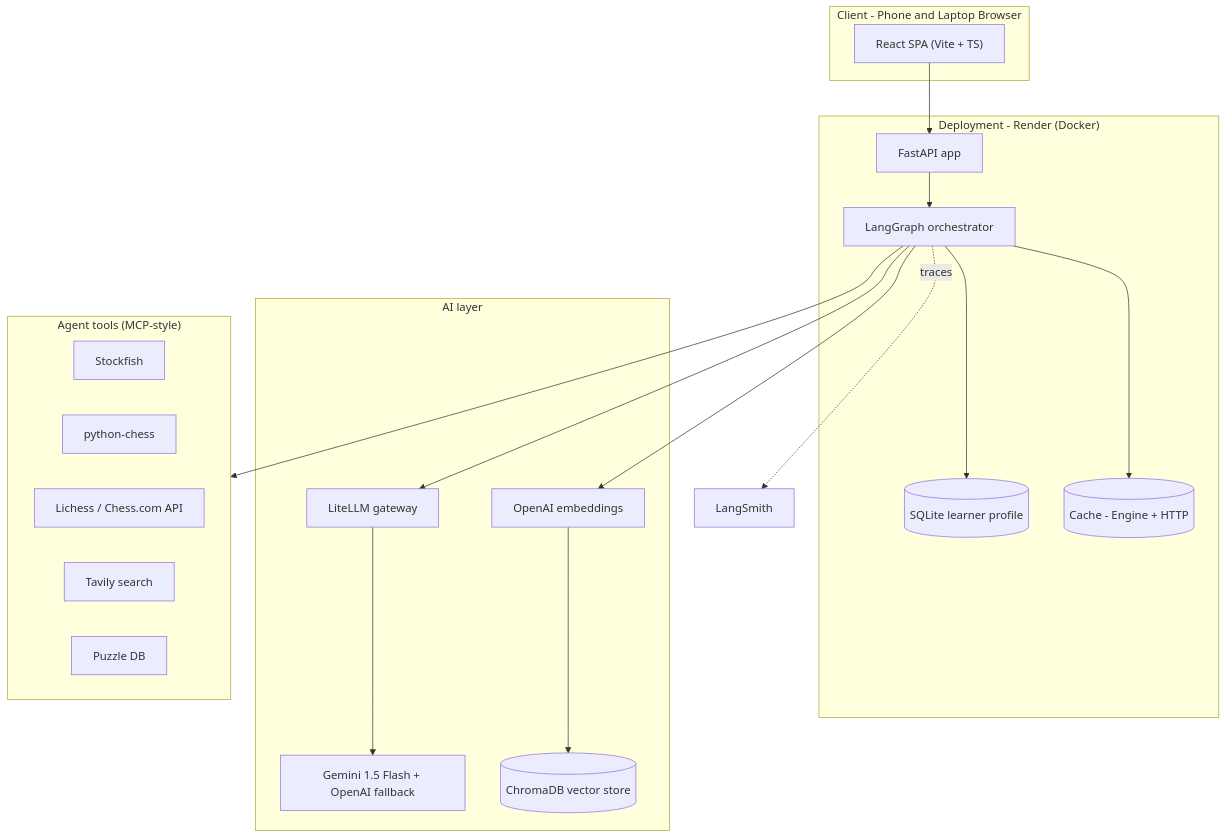
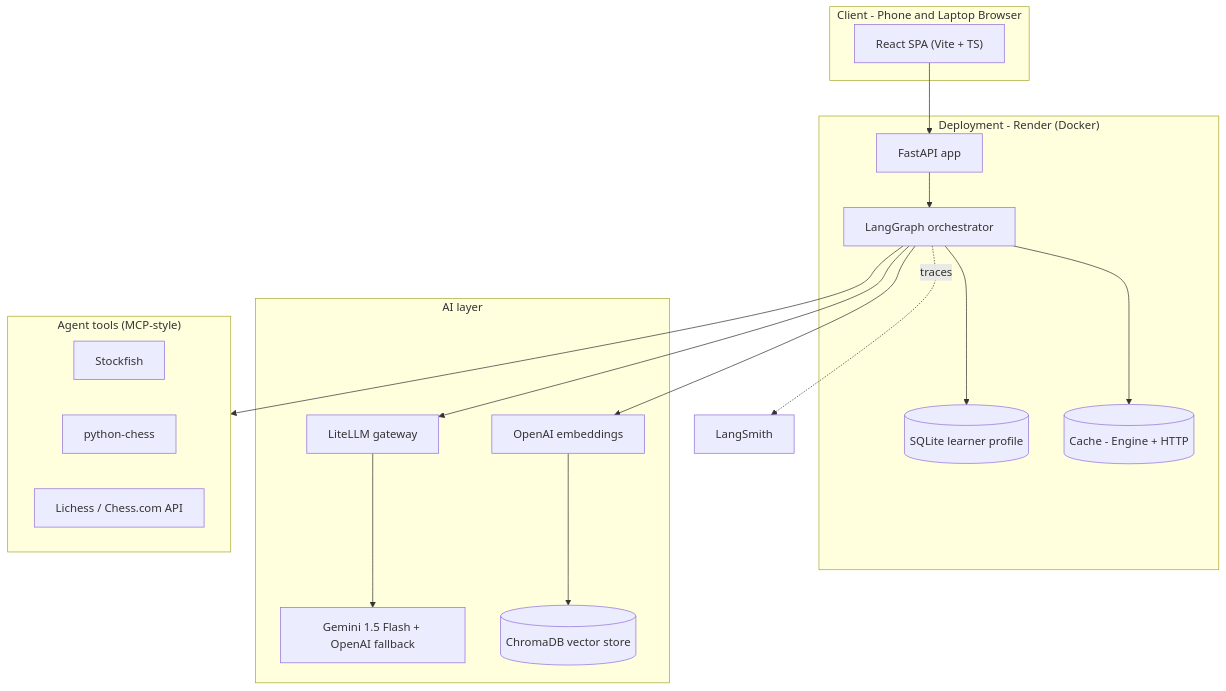
One commit to rakeshnetdev/AIEC01_CERT_CHLG_GRANDMATE changed the first of 4 diagrams in docs/ARCHITECTURE.md. Above: the diagram before and after it, drawn with Mermaid. The commit also changed other lines of this file and 2 other files, not shown here.

Commit message:
docs: remove Tavily and Puzzle DB from active architecture and move to next steps

````diff
--- a/docs/ARCHITECTURE.md
+++ b/docs/ARCHITECTURE.md
@@ -22,36 +22,34 @@
 ```mermaid
 flowchart TB
     subgraph Client["Client - Phone and Laptop Browser"]
       UI["React SPA (Vite + TS)"]
     end
 
     subgraph Edge["Deployment - Render (Docker)"]
       API["FastAPI app"]
       ORCH["LangGraph orchestrator"]
       MEM[("SQLite learner profile")]
       CACHE[("Cache - Engine + HTTP")]
     end
 
     subgraph AI["AI layer"]
       GW["LiteLLM gateway"]
       LLM["Gemini 1.5 Flash + OpenAI fallback"]
       EMB["OpenAI embeddings"]
       VDB[("ChromaDB vector store")]
     end
 
     subgraph Tools["Agent tools (MCP-style)"]
       SF["Stockfish"]
       PC["python-chess"]
       LI["Lichess / Chess.com API"]
-      TV["Tavily search"]
-      PZ["Puzzle DB"]
     end
 
     UI --> API --> ORCH
     ORCH --> GW --> LLM
     ORCH --> MEM
     ORCH --> CACHE
     ORCH --> Tools
     ORCH --> EMB --> VDB
     ORCH -. "traces" .-> MON["LangSmith"]
 ```
````
